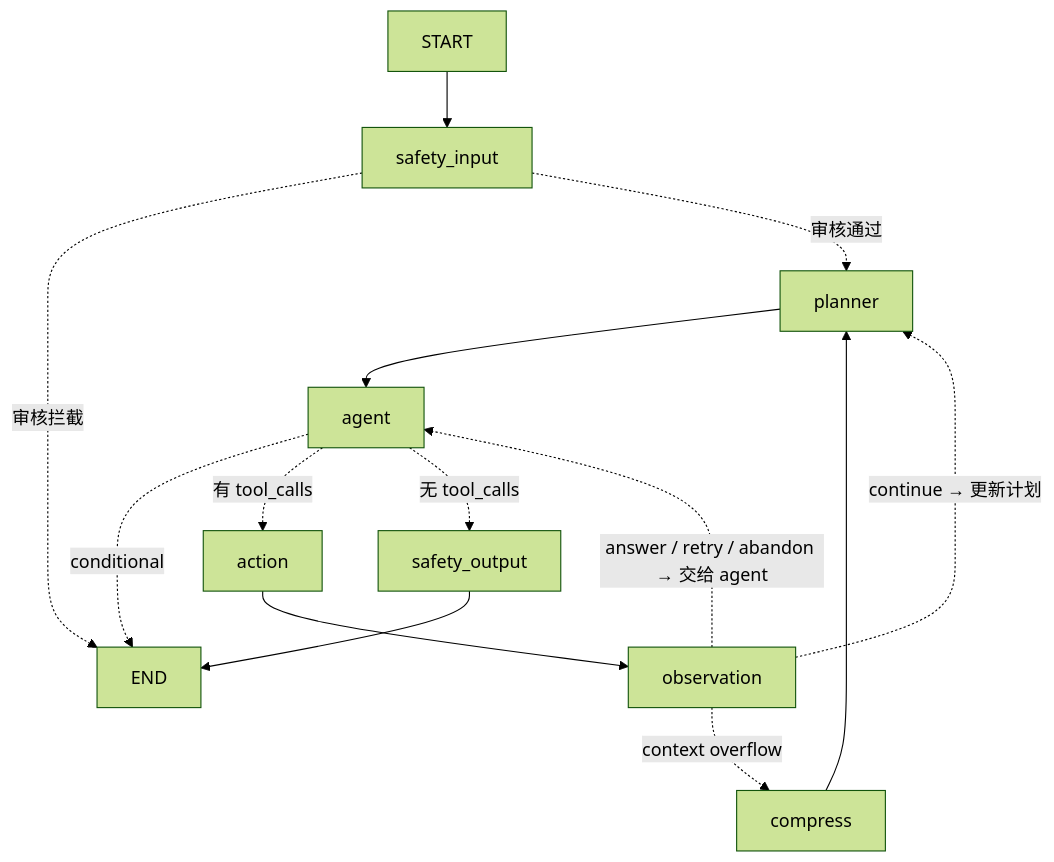
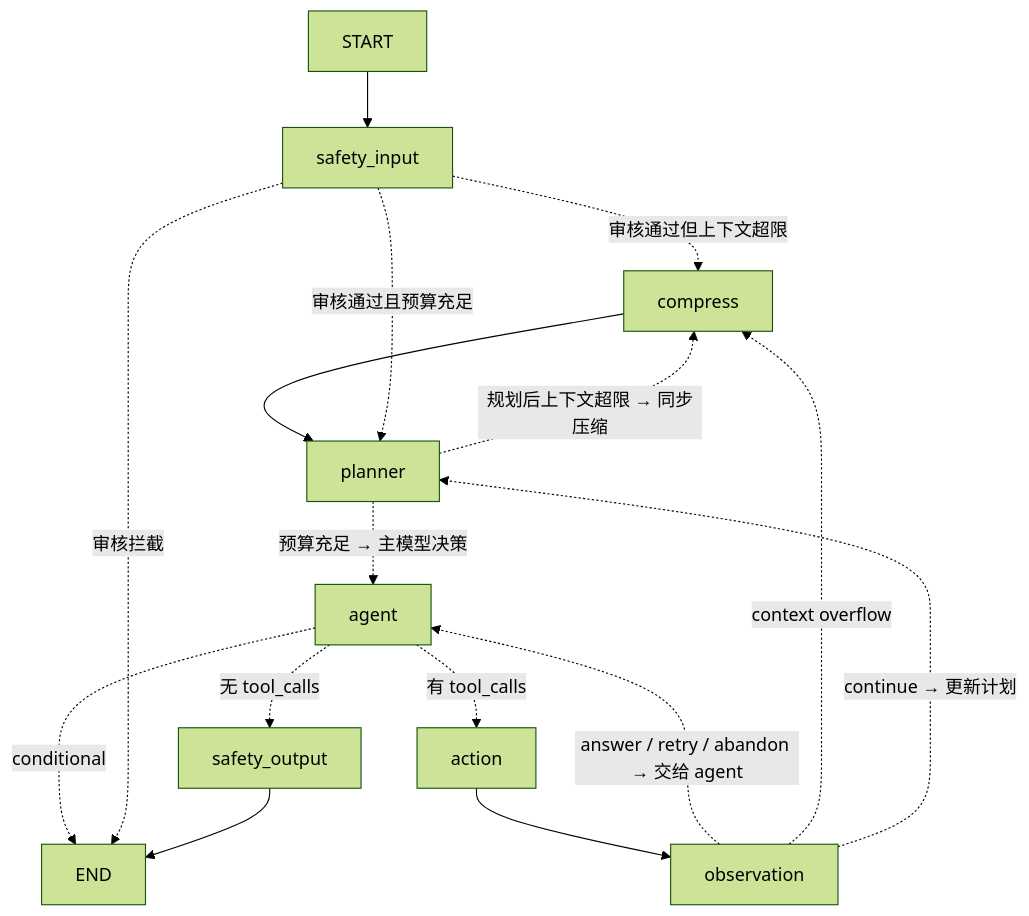
One commit to xiao-Huahuo/Agent-Core-Service changed the diagram in agent_graph.mmd. Above: the diagram before and after it, drawn with Mermaid (forest theme). The commit also changed 26 other files, not shown here.

```diff
--- a/agent_graph.mmd
+++ b/agent_graph.mmd
@@ -1,23 +1,25 @@
 flowchart TD
     internal_start["START"]
     safety_input["safety_input"]
     compress["compress"]
     planner["planner"]
     agent["agent"]
     action["action"]
     observation["observation"]
     safety_output["safety_output"]
     internal_end["END"]
     internal_start --> safety_input
     action --> observation
     agent -. "conditional" .-> internal_end
     agent -. "有 tool_calls" .-> action
     agent -. "无 tool_calls" .-> safety_output
     compress --> planner
     observation -. "answer / retry / abandon → 交给 agent" .-> agent
     observation -. "context overflow" .-> compress
     observation -. "continue → 更新计划" .-> planner
-    planner --> agent
+    planner -. "预算充足 → 主模型决策" .-> agent
+    planner -. "规划后上下文超限 → 同步压缩" .-> compress
     safety_input -. "审核拦截" .-> internal_end
-    safety_input -. "审核通过" .-> planner
+    safety_input -. "审核通过但上下文超限" .-> compress
+    safety_input -. "审核通过且预算充足" .-> planner
     safety_output --> internal_end
```
